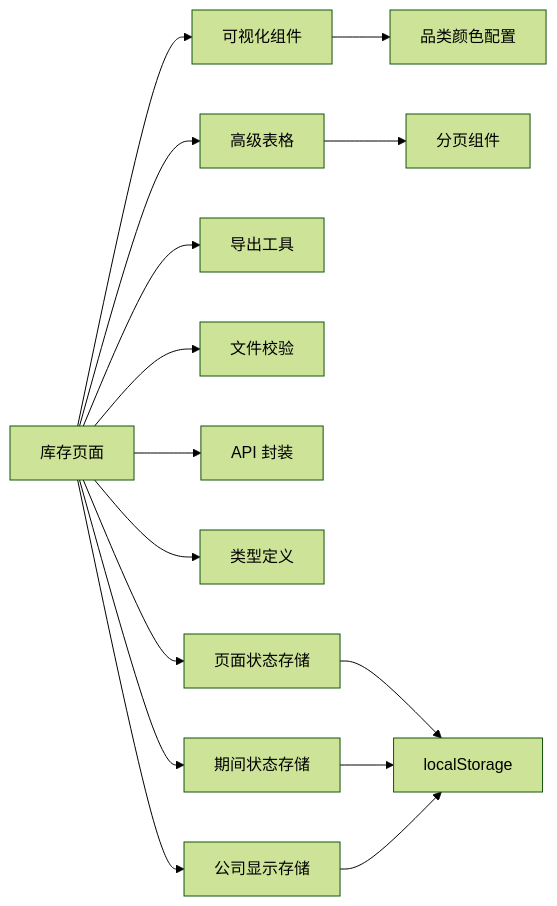
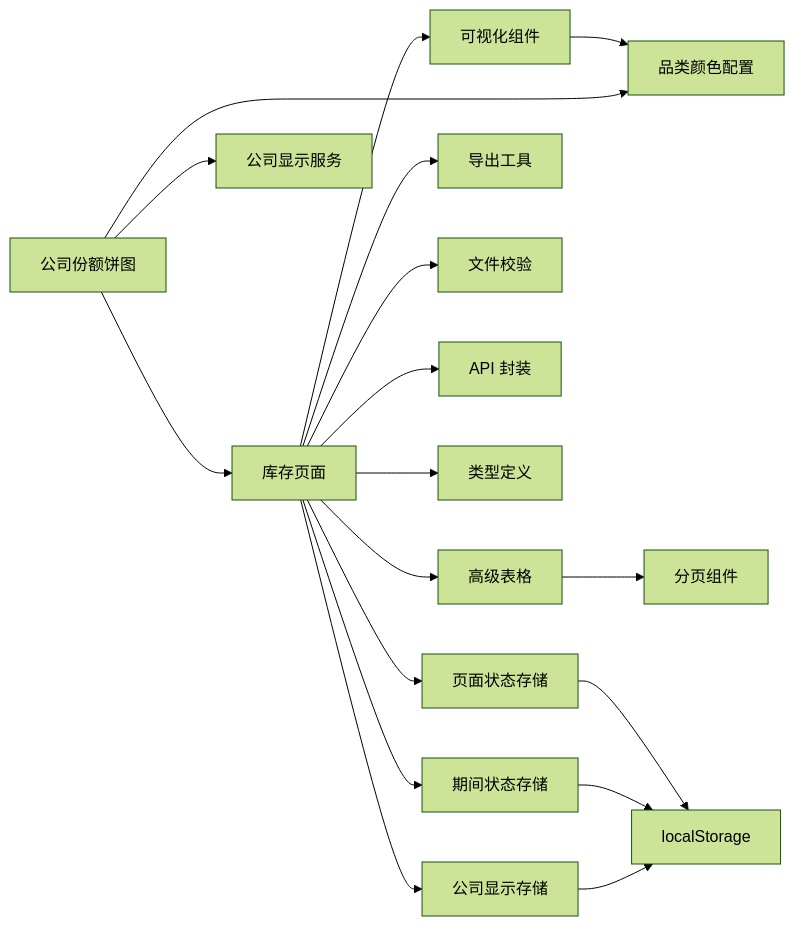
One commit to Damao997/newproject changed diagram 13 of 13 in .qoder/repowiki/zh/content/页面组件/库存管理页面.md. Above: the diagram before and after it, drawn with Mermaid (forest theme). The commit also changed other lines of this file and 57 other files, not shown here.

````diff
--- a/.qoder/repowiki/zh/content/页面组件/库存管理页面.md
+++ b/.qoder/repowiki/zh/content/页面组件/库存管理页面.md
@@ -567,17 +657,20 @@
 ```mermaid
 graph LR
 Inv["库存页面"] --> Charts["可视化组件"]
 Inv --> PDT["高级表格"]
 Inv --> Exp["导出工具"]
 Inv --> Val["文件校验"]
 Inv --> Api["API 封装"]
 Inv --> Types["类型定义"]
 Inv --> PS["页面状态存储"]
 Inv --> Period["期间状态存储"]
 Inv --> Company["公司显示存储"]
 Charts --> Colors["品类颜色配置"]
 PDT --> Pag["分页组件"]
 PS --> LocalStorage["localStorage"]
 Period --> LocalStorage
 Company --> LocalStorage
+CompanyShare["公司份额饼图"] --> Inv
+CompanyShare --> Colors
+CompanyShare --> CompanyDisplay["公司显示服务"]
 ```
````
